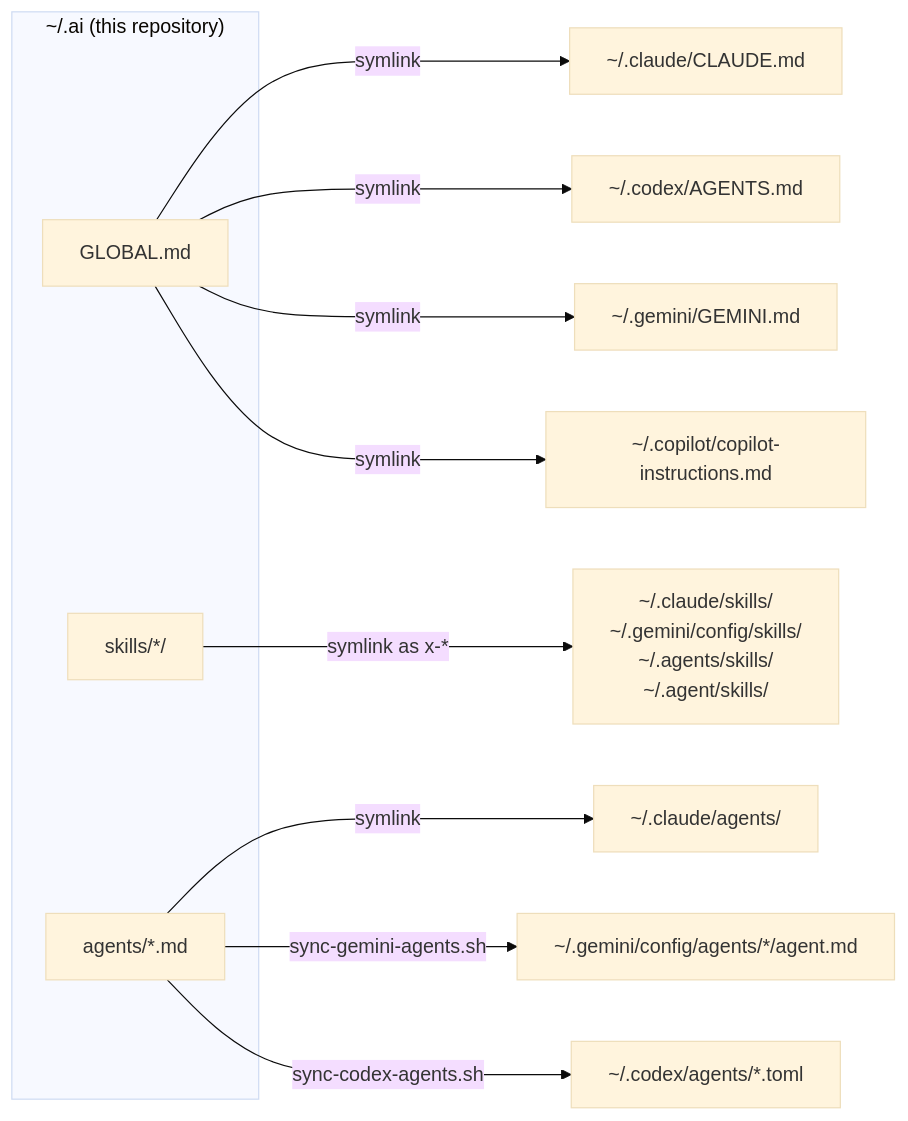
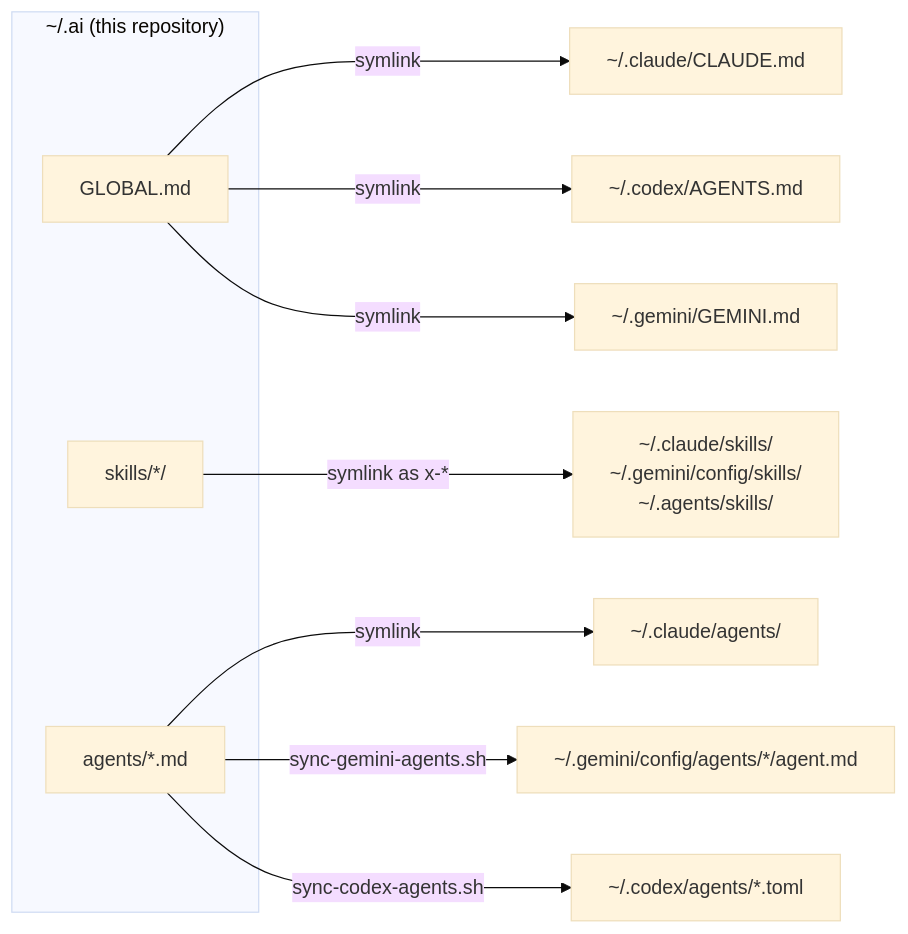
Before and after one commit to themkvz/formain-setup: the diagram in README.md, drawn with Mermaid (base theme). The commit also changed other lines of this file and 6 other files, not shown here.

````diff
--- a/README.md
+++ b/README.md
@@ -34,19 +34,18 @@
 ```mermaid
 flowchart LR
   subgraph repo["~/.ai (this repository)"]
     G["GLOBAL.md"]
     S["skills/*/"]
     A["agents/*.md"]
   end
 
   G -- symlink --> CL["~/.claude/CLAUDE.md"]
   G -- symlink --> CX["~/.codex/AGENTS.md"]
   G -- symlink --> GM["~/.gemini/GEMINI.md"]
-  G -- symlink --> CP["~/.copilot/copilot-instructions.md"]
 
-  S -- "symlink as x-*" --> SK["~/.claude/skills/<br/>~/.gemini/config/skills/<br/>~/.agents/skills/<br/>~/.agent/skills/"]
+  S -- "symlink as x-*" --> SK["~/.claude/skills/<br/>~/.gemini/config/skills/<br/>~/.agents/skills/"]
 
   A -- symlink --> AG["~/.claude/agents/"]
   A -- "sync-gemini-agents.sh" --> GA["~/.gemini/config/agents/*/agent.md"]
   A -- "sync-codex-agents.sh" --> CT["~/.codex/agents/*.toml"]
 ```
````
